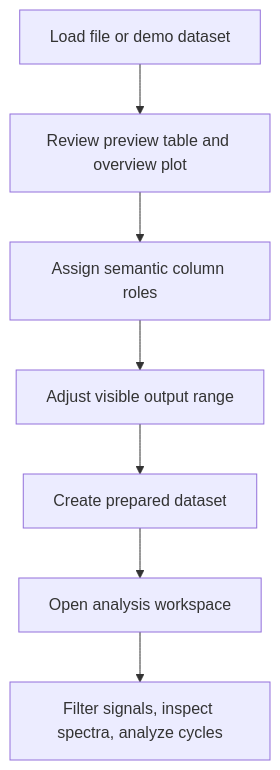
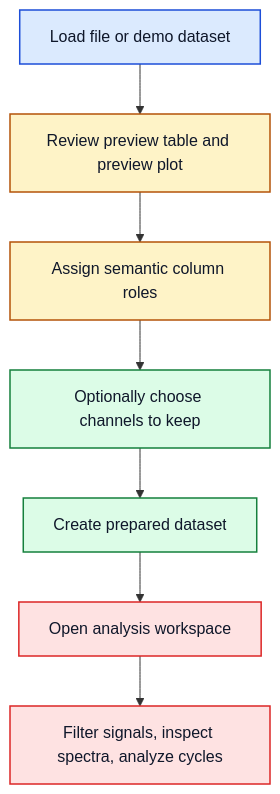
The diagram in README.md (jameskiki/Data-Signals-and-Systems), drawn with Mermaid before and after one commit. The commit also changed other lines of this file and 48 other files, not shown here.

````diff
--- a/README.md
+++ b/README.md
@@ -27,9 +34,19 @@
 ```mermaid
 flowchart TB
-	A[Load file or demo dataset] --> B[Review preview table and overview plot]
+	A[Load file or demo dataset] --> B[Review preview table and preview plot]
 	B --> C[Assign semantic column roles]
-	C --> D[Adjust visible output range]
+	C --> D[Optionally choose channels to keep]
 	D --> E[Create prepared dataset]
 	E --> F[Open analysis workspace]
 	F --> G[Filter signals, inspect spectra, analyze cycles]
+
+	classDef source fill:#dbeafe,stroke:#1d4ed8,color:#0f172a,stroke-width:1.5px;
+	classDef inspect fill:#fef3c7,stroke:#b45309,color:#0f172a,stroke-width:1.5px;
+	classDef prepare fill:#dcfce7,stroke:#15803d,color:#0f172a,stroke-width:1.5px;
+	classDef analysis fill:#fee2e2,stroke:#dc2626,color:#0f172a,stroke-width:1.5px;
+
+	class A source;
+	class B,C inspect;
+	class D,E prepare;
+	class F,G analysis;
 ```
````
